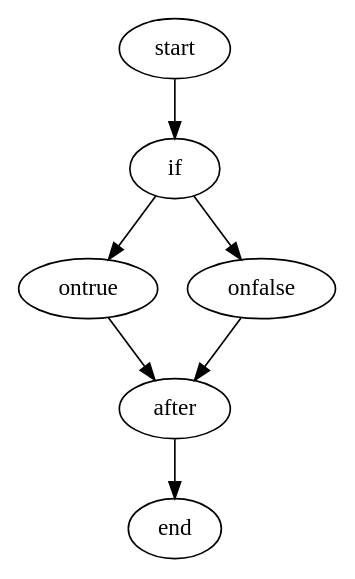
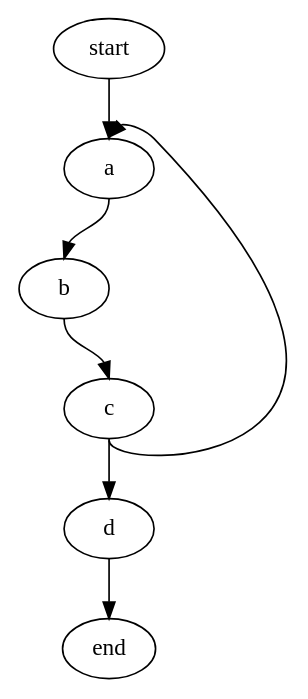
The diagram in graphs/aa.gv (jindrapetrik/graphs), drawn with Graphviz before and after one commit. The commit also changed 9 other files, not shown here.

```diff
--- a/graphs/aa.gv
+++ b/graphs/aa.gv
@@ -1,9 +1,10 @@
 /*a*/
 digraph while {
-start->if;
-if->ontrue->after;
-if->onfalse->after
+start:s->a:n;
 
-
-after-> end;
+a:s->b:n;
+b:s->c:n;
+c:s->d:n;
+c:s->a:n;
+d:s->end:n;
 }
```
